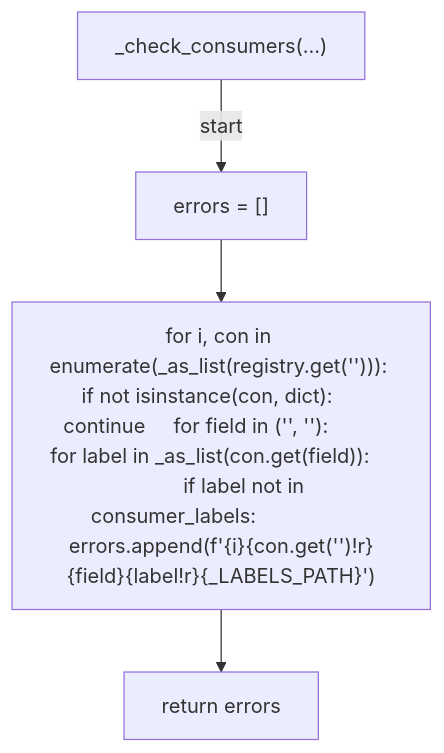
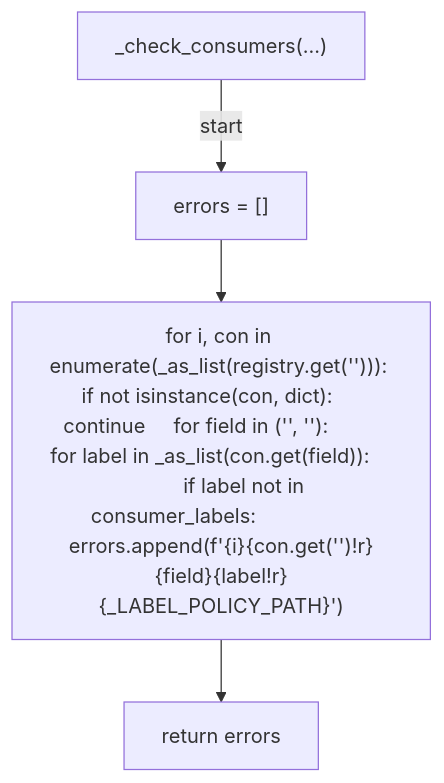
Before and after one commit to tvna/claude-md: the tenth of 14 diagrams in docs/generated/scripts/ast/scan_ssot_schema.md, drawn with Mermaid. The commit also changed other lines of this file and 7 other files, not shown here.

First line of the commit message:
docs(generated): regenerate decision tree and workflow diagrams (#2503)

````diff
--- a/docs/generated/scripts/ast/scan_ssot_schema.md
+++ b/docs/generated/scripts/ast/scan_ssot_schema.md
@@ -178,10 +165,10 @@
 ```mermaid
 flowchart TD
     N001["_check_consumers(...)"]
     N002["errors = []"]
-    N003["for i, con in enumerate(_as_list(registry.get('<str>'))):     if not isinstance(con, dict):         continue     for field in ('<str>', '<str>'):         for label in _as_list(con.get(field)):             if label not in consumer_labels:                 errors.append(f'<str>{i}<str>{con.get('<str>')!r}<str>{field}<str>{label!r}<str>{_LABELS_PATH}<str>')"]
+    N003["for i, con in enumerate(_as_list(registry.get('<str>'))):     if not isinstance(con, dict):         continue     for field in ('<str>', '<str>'):         for label in _as_list(con.get(field)):             if label not in consumer_labels:                 errors.append(f'<str>{i}<str>{con.get('<str>')!r}<str>{field}<str>{label!r}<str>{_LABEL_POLICY_PATH}<str>')"]
     N004["return errors"]
     N001 -->|"start"| N002
     N002 --> N003
     N003 --> N004
 ```
````
